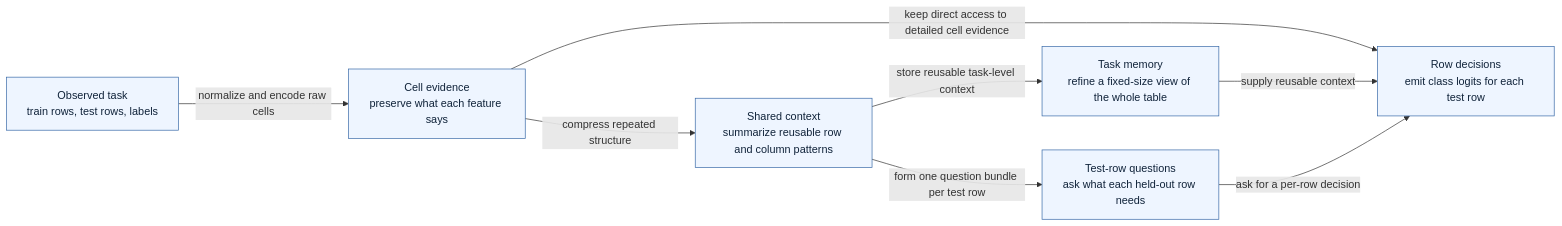
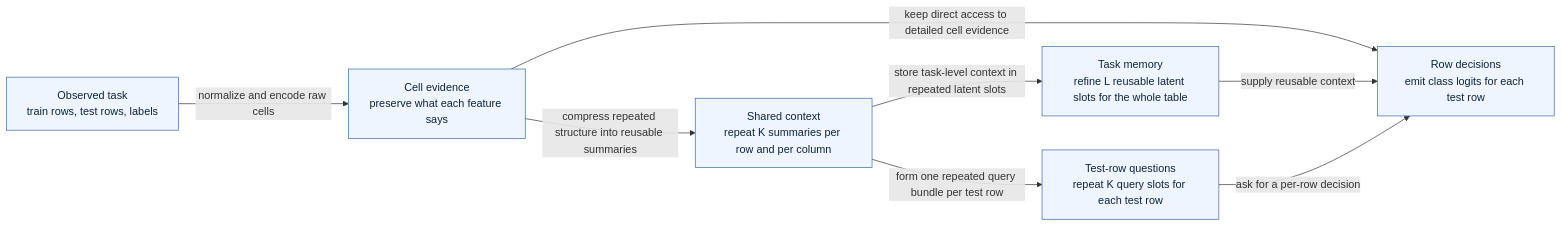
The first of 2 diagrams in docs/development/model-architecture.md (bensonlee5/tab-foundry), drawn with Mermaid before and after one commit. The commit also changed other lines of this file and 3 other files, not shown here.

Commit message:
Exclude architecture overview doc from mdformat

````diff
--- a/docs/development/model-architecture.md
+++ b/docs/development/model-architecture.md
@@ -49,19 +49,19 @@
 ```mermaid
 flowchart LR
     classDef state fill:#eef5ff,stroke:#3567a6,color:#10233a,stroke-width:1px;
 
     task["Observed task<br/>train rows, test rows, labels"]:::state
     evidence["Cell evidence<br/>preserve what each feature says"]:::state
-    context["Shared context<br/>summarize reusable row and column patterns"]:::state
-    memory["Task memory<br/>refine a fixed-size view of the whole table"]:::state
-    queries["Test-row questions<br/>ask what each held-out row needs"]:::state
+    context["Shared context<br/>repeat K summaries per row and per column"]:::state
+    memory["Task memory<br/>refine L reusable latent slots for the whole table"]:::state
+    queries["Test-row questions<br/>repeat K query slots for each test row"]:::state
     logits["Row decisions<br/>emit class logits for each test row"]:::state
 
     task -->|normalize and encode raw cells| evidence
-    evidence -->|compress repeated structure| context
-    context -->|store reusable task-level context| memory
-    context -->|form one question bundle per test row| queries
+    evidence -->|compress repeated structure into reusable summaries| context
+    context -->|store task-level context in repeated latent slots| memory
+    context -->|form one repeated query bundle per test row| queries
     evidence -->|keep direct access to detailed cell evidence| logits
     memory -->|supply reusable context| logits
     queries -->|ask for a per-row decision| logits
 ```
````
